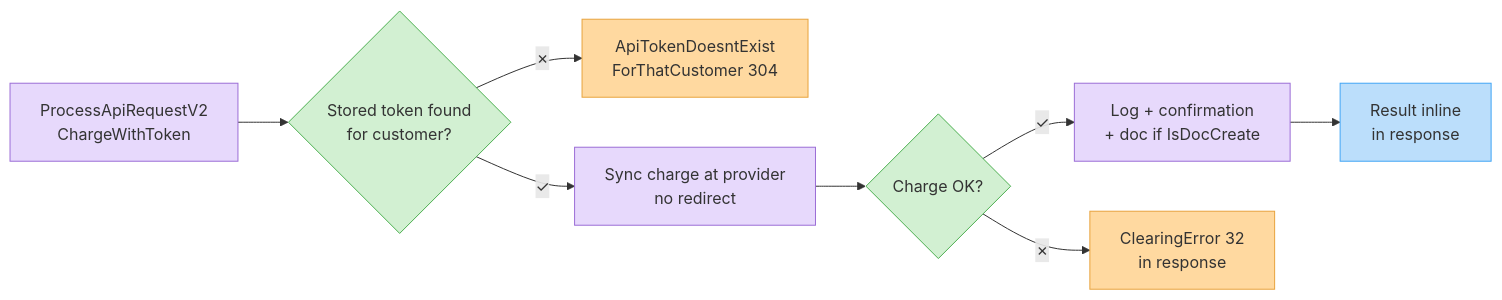
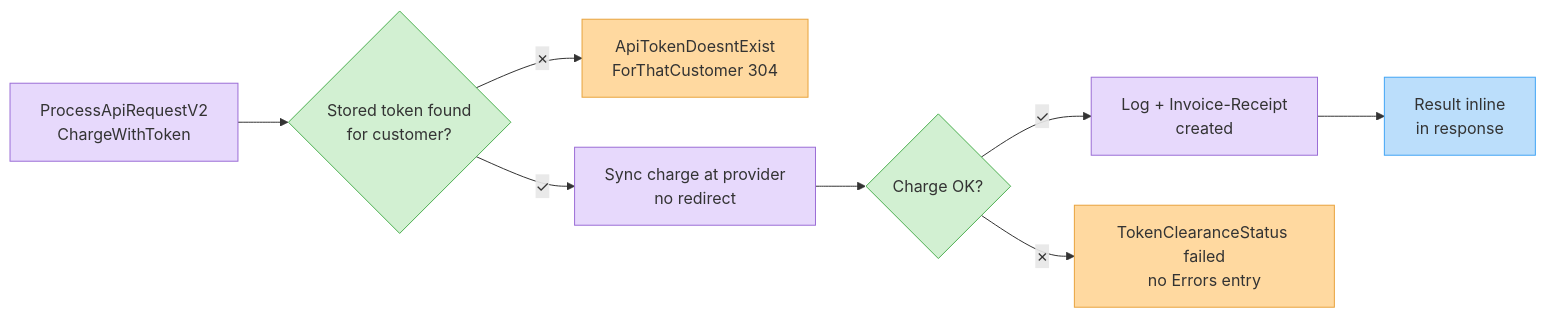
The third of 3 diagrams in clearing/tokens-and-standing-orders.md (invoice4udev-hue/i4u-docs), drawn with Mermaid before and after one commit. The commit also changed other lines of this file and 11 other files, not shown here.

````diff
--- a/clearing/tokens-and-standing-orders.md
+++ b/clearing/tokens-and-standing-orders.md
@@ -90,15 +90,15 @@
 ```mermaid
 flowchart LR
     classDef step fill:#E7D9FC,stroke:#9B6DD6,color:#333
     classDef dec fill:#D2F0D2,stroke:#4CAF50,color:#333
     classDef err fill:#FFD9A0,stroke:#E8A33D,color:#333
     classDef cb fill:#BBDEFB,stroke:#42A5F5,color:#333
 
     A[ProcessApiRequestV2<br/>ChargeWithToken]:::step --> B{Stored token found<br/>for customer?}:::dec
     B -- ✗ --> E1[ApiTokenDoesntExist<br/>ForThatCustomer 304]:::err
     B -- ✓ --> C[Sync charge at provider<br/>no redirect]:::step
     C --> D{Charge OK?}:::dec
-    D -- ✓ --> F[Log + confirmation<br/>+ doc if IsDocCreate]:::step
+    D -- ✓ --> F[Log + Invoice-Receipt<br/>created]:::step
     F --> G[Result inline<br/>in response]:::cb
-    D -- ✗ --> H[ClearingError 32<br/>in response]:::err
+    D -- ✗ --> H[TokenClearanceStatus failed<br/>no Errors entry]:::err
 ```
````
